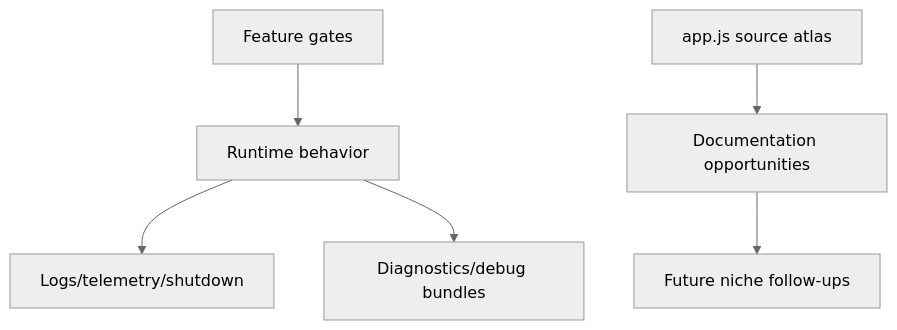
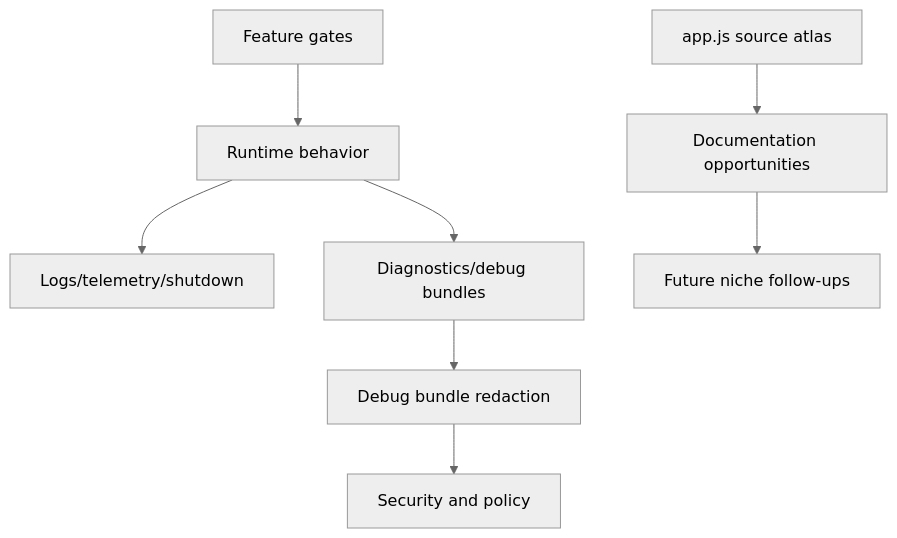
Before and after one commit to vibewatch/copilot-cli-internals: the diagram in docs/08-operations-and-research/README.md, drawn with Mermaid (neutral theme). The commit also changed other lines of this file and 13 other files, not shown here.

First line of the commit message:
Add documentation for session lifecycle, persistence, and debug boundaries

````diff
--- a/docs/08-operations-and-research/README.md
+++ b/docs/08-operations-and-research/README.md
@@ -18,16 +18,20 @@
 ```mermaid
 flowchart TD
     Gates[Feature gates] --> Runtime[Runtime behavior]
     Atlas[app.js source atlas] --> Research[Documentation opportunities]
     Runtime --> Observability[Logs/telemetry/shutdown]
     Runtime --> Diagnostics[Diagnostics/debug bundles]
+    Diagnostics --> Redaction[Debug bundle redaction]
+    Redaction --> Security[Security and policy]
     Research[Documentation opportunities] --> Backlog[Future niche follow-ups]
 
     click Gates "./feature-gates/" "Open feature gates"
     click Atlas "./app-js-source-atlas/" "Open app.js source atlas"
     click Runtime "../01-runtime-and-ui/cli-runtime-workflows/" "Open CLI runtime workflows"
     click Observability "./observability-update-shutdown/" "Open observability and shutdown"
     click Diagnostics "./diagnostics-feedback-debug-bundles/" "Open diagnostics and debug bundles"
+    click Redaction "./debug-bundle-redaction-boundaries/" "Open debug bundle and redaction boundaries"
+    click Security "../05-security-and-policy/content-exclusion-and-redaction/" "Open content exclusion and redaction"
     click Research "./documentation-opportunities/" "Open documentation opportunities"
     click Backlog "./documentation-opportunities/" "Open future follow-ups"
 ```
````
